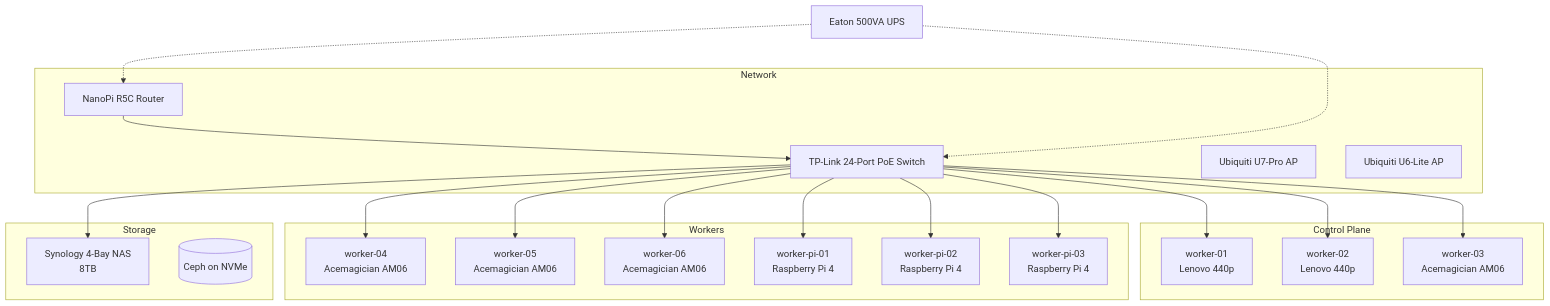
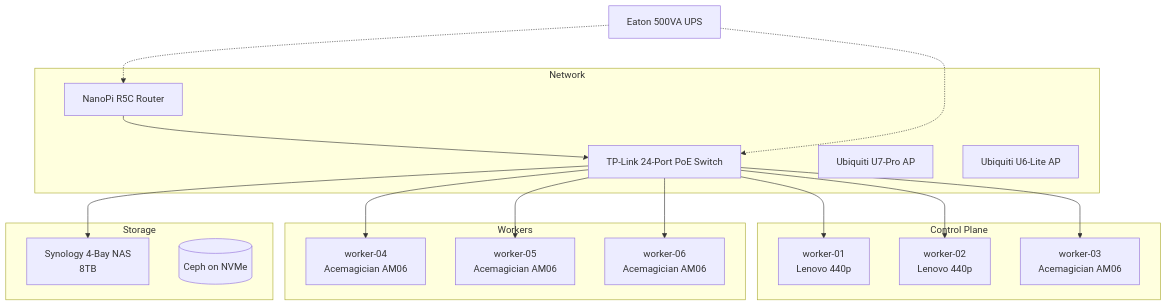
Before and after one commit to swibrow/home-ops: the diagram in docs/infrastructure/index.md, drawn with Mermaid. The commit also changed 15 other files, not shown here.

````diff
--- a/docs/infrastructure/index.md
+++ b/docs/infrastructure/index.md
@@ -11,36 +11,32 @@
 ```mermaid
 graph TD
     subgraph Network
         SW[TP-Link 24-Port PoE Switch]
         RT[NanoPi R5C Router]
         AP1[Ubiquiti U7-Pro AP]
         AP2[Ubiquiti U6-Lite AP]
     end
 
     subgraph Control Plane
         CP1[worker-01<br/>Lenovo 440p]
         CP2[worker-02<br/>Lenovo 440p]
         CP3[worker-03<br/>Acemagician AM06]
     end
 
     subgraph Workers
         W4[worker-04<br/>Acemagician AM06]
         W5[worker-05<br/>Acemagician AM06]
         W6[worker-06<br/>Acemagician AM06]
-        WP1[worker-pi-01<br/>Raspberry Pi 4]
-        WP2[worker-pi-02<br/>Raspberry Pi 4]
-        WP3[worker-pi-03<br/>Raspberry Pi 4]
     end
 
     subgraph Storage
         SYN[Synology 4-Bay NAS<br/>8TB]
         CEPH[(Ceph on NVMe)]
     end
 
     SW --> CP1 & CP2 & CP3
     SW --> W4 & W5 & W6
-    SW --> WP1 & WP2 & WP3
     SW --> SYN
     RT --> SW
     UPS[Eaton 500VA UPS] -.-> SW & RT
 ```
````
